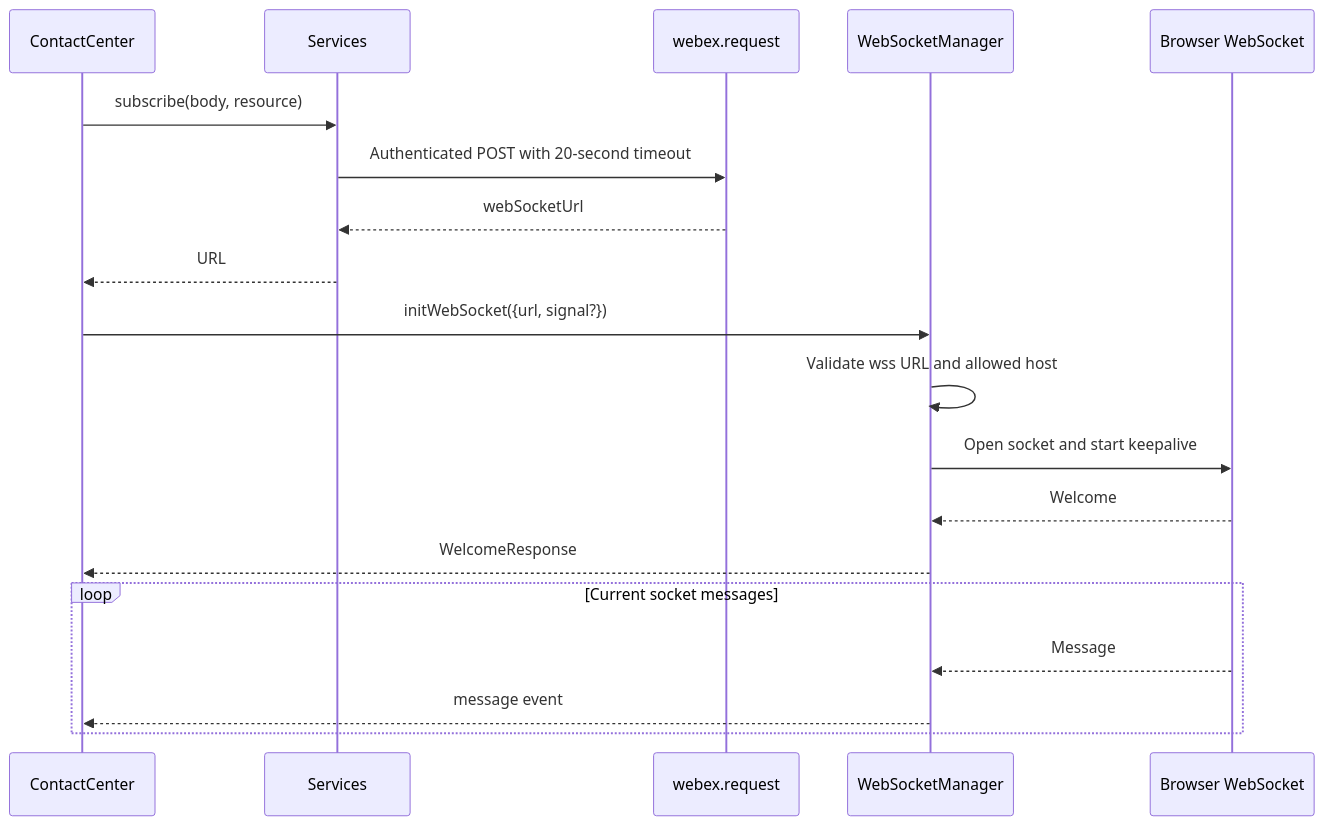
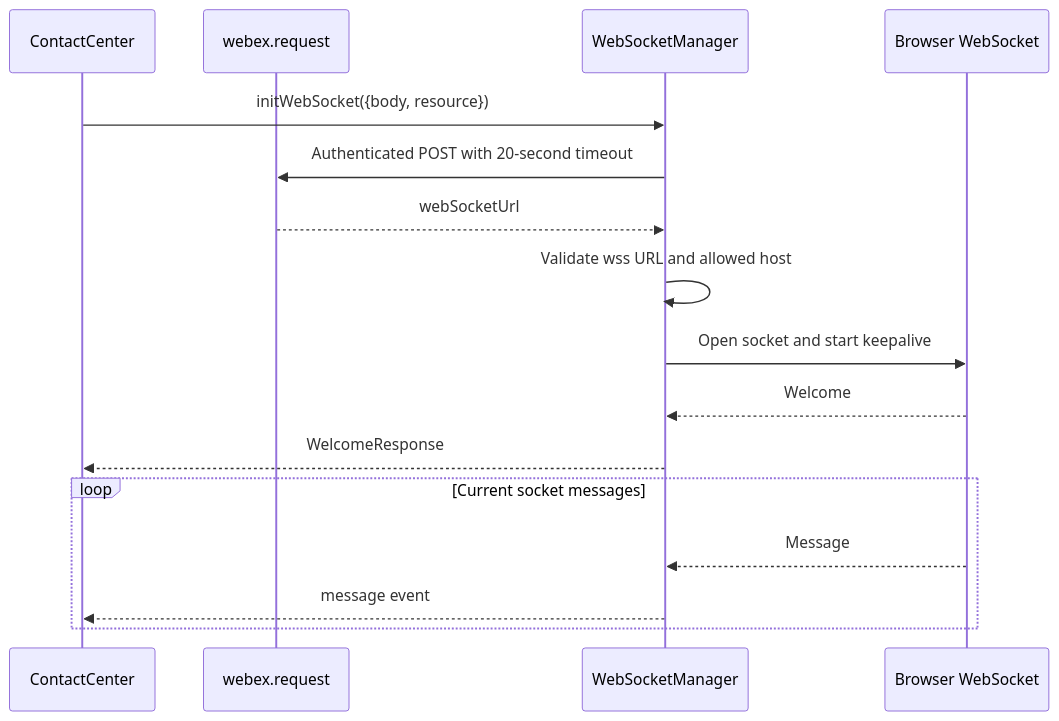
The second of 7 diagrams in packages/@webex/contact-center/src/services/core/docs/README.md (webex/webex-js-sdk), drawn with Mermaid before and after one commit. The commit also changed other lines of this file and 17 other files, not shown here.

Commit message:
refactor(contact-center): restore existing subscription transport flow

````diff
--- a/packages/@webex/contact-center/src/services/core/docs/README.md
+++ b/packages/@webex/contact-center/src/services/core/docs/README.md
@@ -367,21 +368,18 @@
 ```mermaid
 sequenceDiagram
   participant CC as ContactCenter
-  participant Services
   participant Host as webex.request
   participant WSM as WebSocketManager
   participant WS as Browser WebSocket
-  CC->>Services: subscribe(body, resource)
-  Services->>Host: Authenticated POST with 20-second timeout
-  Host-->>Services: webSocketUrl
-  Services-->>CC: URL
-  CC->>WSM: initWebSocket({url, signal?})
+  CC->>WSM: initWebSocket({body, resource})
+  WSM->>Host: Authenticated POST with 20-second timeout
+  Host-->>WSM: webSocketUrl
   WSM->>WSM: Validate wss URL and allowed host
   WSM->>WS: Open socket and start keepalive
   WS-->>WSM: Welcome
   WSM-->>CC: WelcomeResponse
   loop Current socket messages
     WS-->>WSM: Message
     WSM-->>CC: message event
   end
 ```
````
